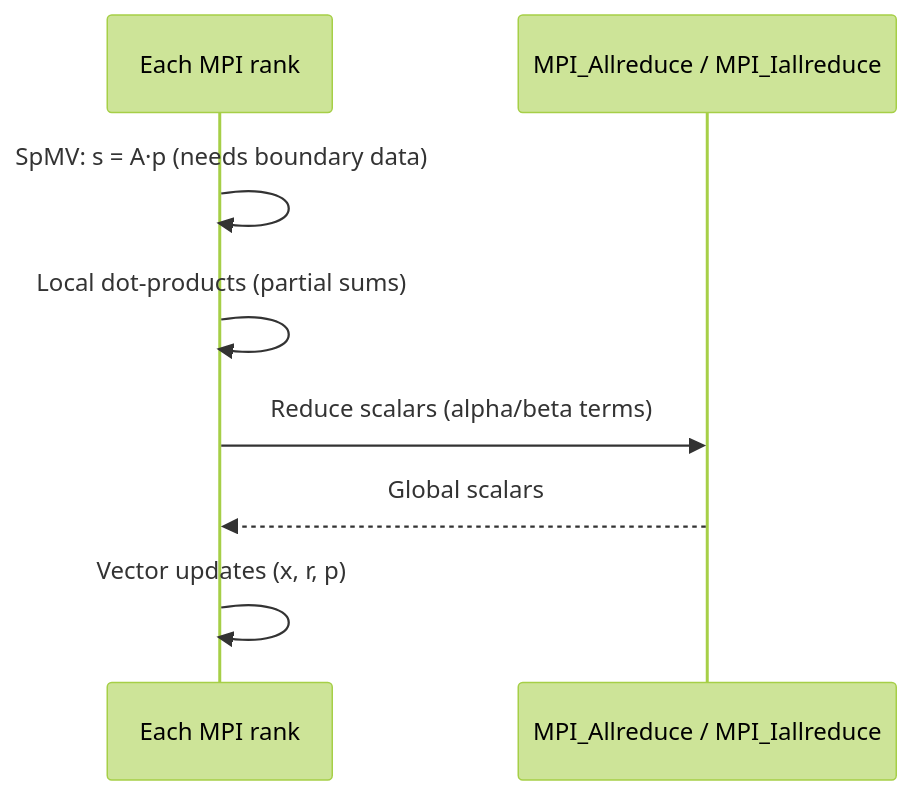
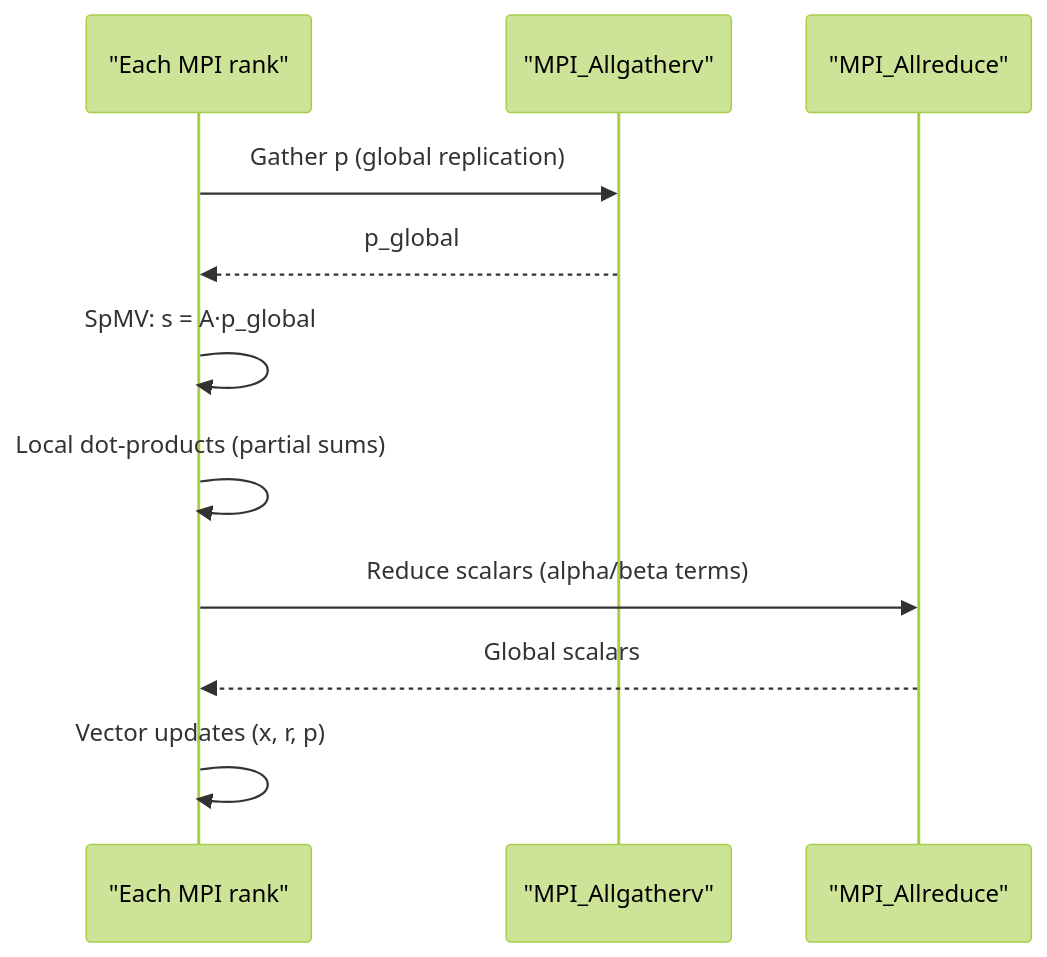
Before and after one commit to datrento/parallel-conjugate-gradient: the second of 3 diagrams in README.md, drawn with Mermaid (forest theme). The commit also changed other lines of this file, not shown here.

Commit message:
final readme fix.

````diff
--- a/README.md
+++ b/README.md
@@ -80,11 +80,15 @@
 ```mermaid
 sequenceDiagram
-  participant Rank as Each MPI rank
-  participant Allreduce as MPI_Allreduce / MPI_Iallreduce
+  participant Rank as "Each MPI rank"
+  participant Allgatherv as "MPI_Allgatherv"
+  participant Allreduce as "MPI_Allreduce"
 
-  Rank->>Rank: SpMV: s = A·p (needs boundary data)
+  Rank->>Allgatherv: Gather p (global replication)
+  Allgatherv-->>Rank: p_global
+  Rank->>Rank: SpMV: s = A·p_global
   Rank->>Rank: Local dot-products (partial sums)
   Rank->>Allreduce: Reduce scalars (alpha/beta terms)
   Allreduce-->>Rank: Global scalars
   Rank->>Rank: Vector updates (x, r, p)
+
 ```
````
